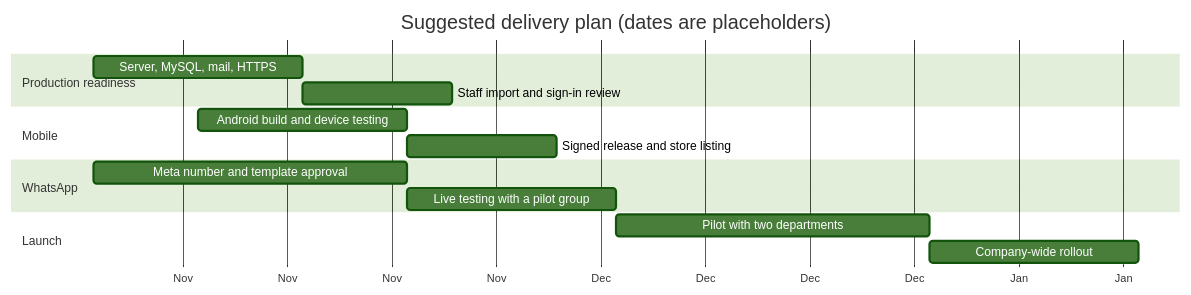
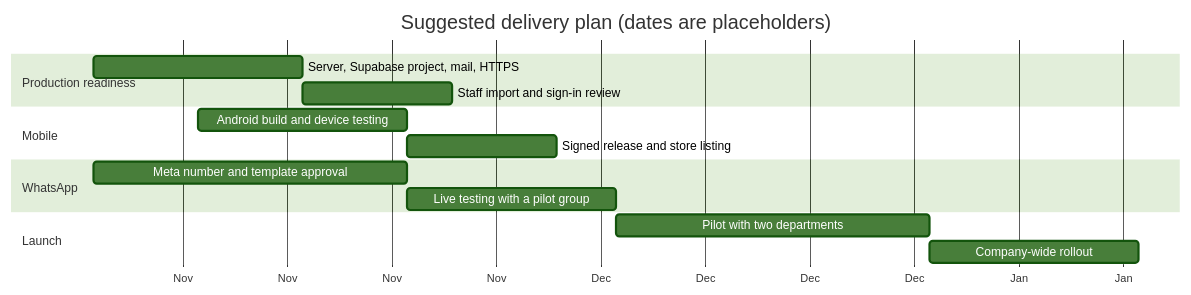
Diagram 18 of 18 in docs/DOCUMENTATION.md (Nqobileee/zb-idea-manager), drawn with Mermaid (forest theme) before and after one commit. The commit also changed other lines of this file and 9 other files, not shown here.

````diff
--- a/docs/DOCUMENTATION.md
+++ b/docs/DOCUMENTATION.md
@@ -742,18 +771,18 @@
 ```mermaid
 gantt
     title Suggested delivery plan (dates are placeholders)
     dateFormat  YYYY-MM-DD
     axisFormat  %b
     section Production readiness
-    Server, MySQL, mail, HTTPS         :a1, 2026-11-02, 14d
+    Server, Supabase project, mail, HTTPS         :a1, 2026-11-02, 14d
     Staff import and sign-in review    :a2, after a1, 10d
     section Mobile
     Android build and device testing   :b1, 2026-11-09, 14d
     Signed release and store listing   :b2, after b1, 10d
     section WhatsApp
     Meta number and template approval  :c1, 2026-11-02, 21d
     Live testing with a pilot group    :c2, after c1, 14d
     section Launch
     Pilot with two departments         :d1, after c2, 21d
     Company-wide rollout               :d2, after d1, 14d
 ```
````
